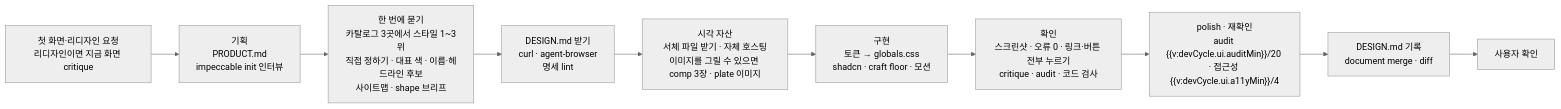
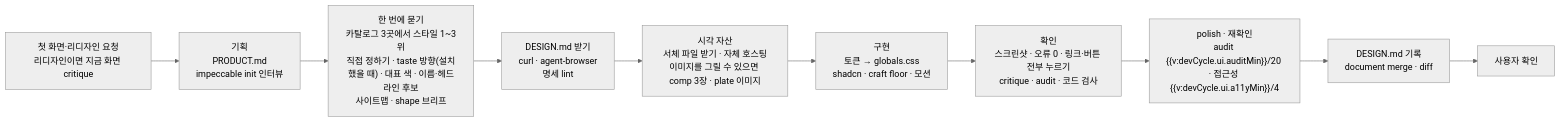
One commit to roadkwon-ai/pro-kit changed the diagram in docs/blocks/ui-flow-diagram.md. Above: the diagram before and after it, drawn with Mermaid (neutral theme). The commit also changed 60 other files, not shown here.

First line of the commit message:
feat: taste-skill 선택 묶음과 PRD 먼저 정하기 안내 추가

````diff
--- a/docs/blocks/ui-flow-diagram.md
+++ b/docs/blocks/ui-flow-diagram.md
@@ -2,12 +2,12 @@
 ```mermaid
 flowchart LR
   R["첫 화면·리디자인 요청<br/>리디자인이면 지금 화면 critique"] --> I["기획<br/>PRODUCT.md<br/>impeccable init 인터뷰"]
-  I --> Q["한 번에 묻기<br/>카탈로그 3곳에서 스타일 1~3위<br/>직접 정하기 · 대표 색 · 이름·헤드라인 후보<br/>사이트맵 · shape 브리프"]
+  I --> Q["한 번에 묻기<br/>카탈로그 3곳에서 스타일 1~3위<br/>직접 정하기 · taste 방향(설치했을 때) · 대표 색 · 이름·헤드라인 후보<br/>사이트맵 · shape 브리프"]
   Q --> D["DESIGN.md 받기<br/>curl · agent-browser<br/>명세 lint"]
   D --> A["시각 자산<br/>서체 파일 받기 · 자체 호스팅<br/>이미지를 그릴 수 있으면 comp 3장 · plate 이미지"]
   A --> C["구현<br/>토큰 → globals.css<br/>shadcn · craft floor · 모션"]
   C --> V["확인<br/>스크린샷 · 오류 0 · 링크·버튼 전부 누르기<br/>critique · audit · 코드 검사"]
   V --> P["polish · 재확인<br/>audit {{v:devCycle.ui.auditMin}}/20 · 접근성 {{v:devCycle.ui.a11yMin}}/4"]
   P --> M["DESIGN.md 기록<br/>document merge · diff"]
   M --> U["사용자 확인"]
 ```
````
